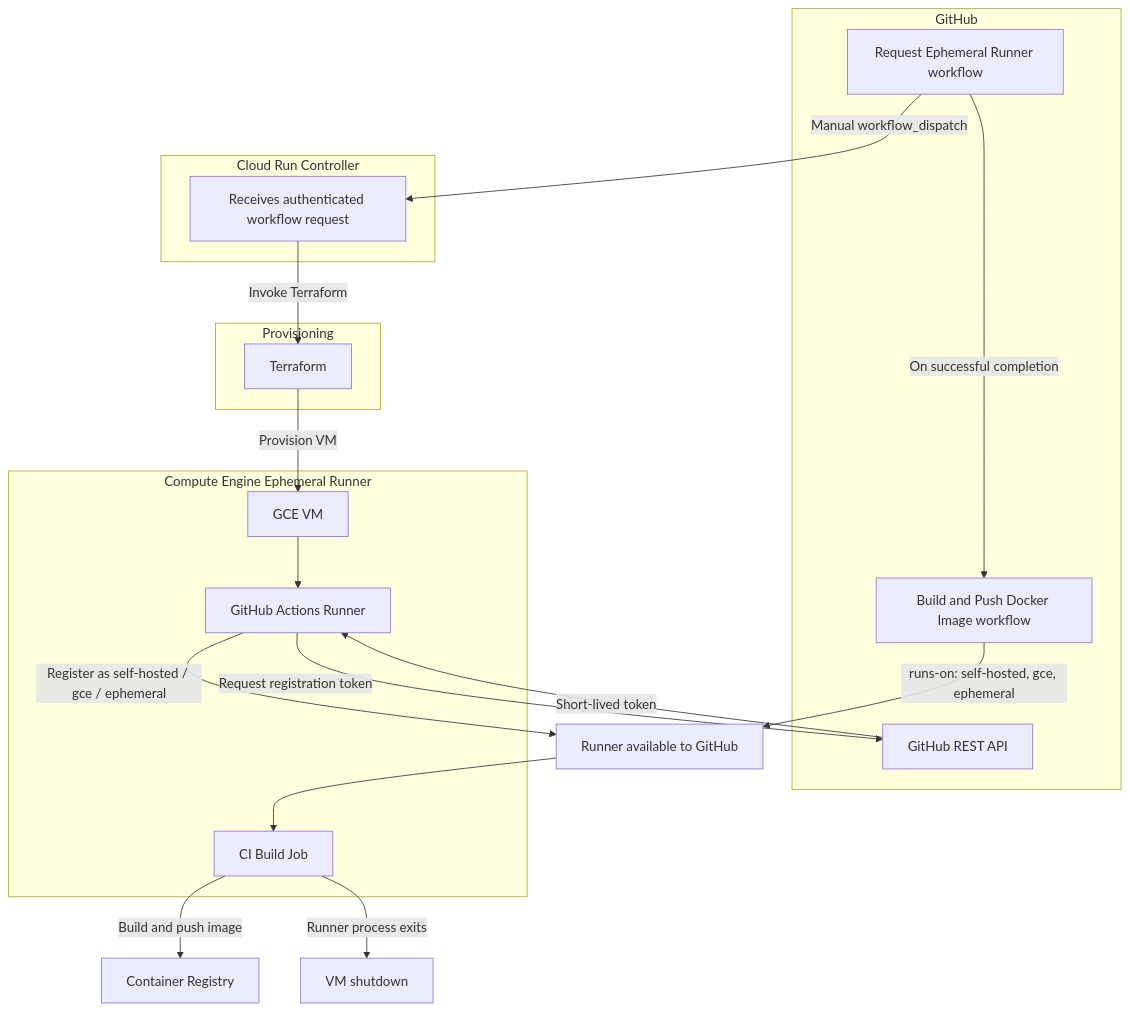
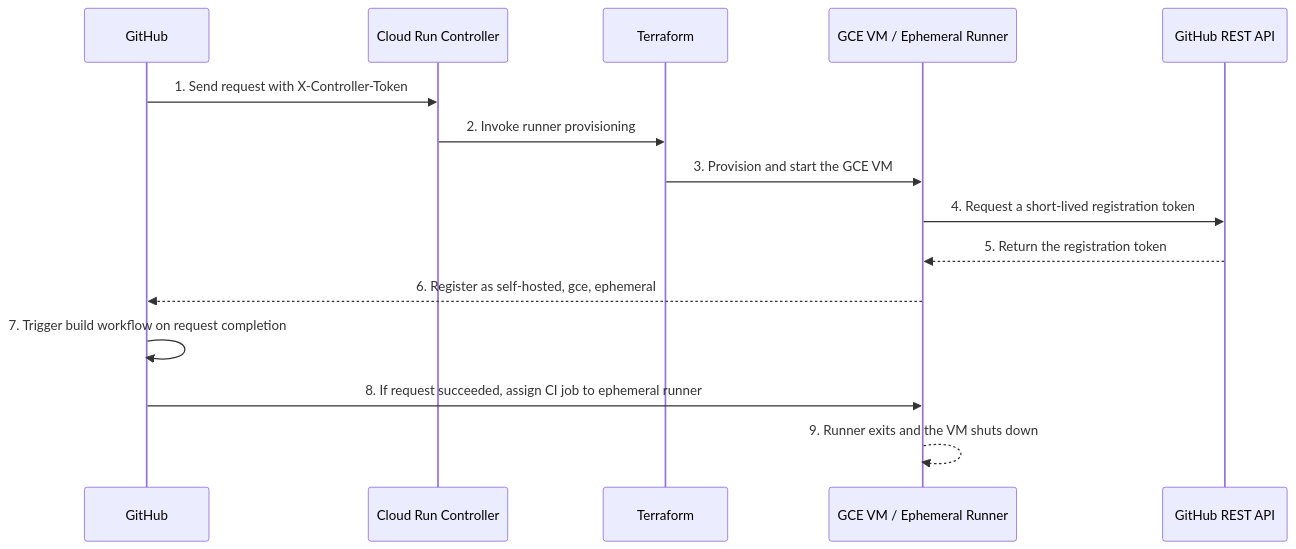
One commit to DimitryZH/ci-build-platform changed the second of 2 diagrams in README.md. Above: the diagram before and after it, drawn with Mermaid. The commit also changed other lines of this file and 7 other files, not shown here.

Commit message:
docs: align workflow, secrets, and runner lifecycle documentation

````diff
--- a/README.md
+++ b/README.md
@@ -56,35 +56,18 @@
 ```mermaid
-flowchart TB
-    subgraph GitHub["GitHub"]
-        Request[Request Ephemeral Runner workflow]
-        API[GitHub REST API]
-        Build[Build and Push Docker Image workflow]
-    end
+sequenceDiagram
+    participant GH as GitHub
+    participant CR as Cloud Run Controller
+    participant TF as Terraform
+    participant VM as GCE VM / Ephemeral Runner
+    participant API as GitHub REST API
 
-    subgraph Controller["Cloud Run Controller"]
-        CR[Receives authenticated workflow request]
-    end
-
-    subgraph Provisioning["Provisioning"]
-        TF[Terraform]
-    end
-
-    subgraph Runner["Compute Engine Ephemeral Runner"]
-        VM[GCE VM]
-        Agent[GitHub Actions Runner]
-        Job[CI Build Job]
-    end
-
-    Request -->|Manual workflow_dispatch| CR
-    CR -->|Invoke Terraform| TF
-    TF -->|Provision VM| VM
-    VM --> Agent
-    Agent -->|Request registration token| API
-    API -->|Short-lived token| Agent
-    Agent -->|Register as self-hosted / gce / ephemeral| GitHubReady[Runner available to GitHub]
-    Request -->|On successful completion| Build
-    Build -->|runs-on: self-hosted, gce, ephemeral| GitHubReady
-    GitHubReady --> Job
-    Job -->|Build and push image| Registry[Container Registry]
-    Job -->|Runner process exits| Shutdown[VM shutdown]
+    GH->>CR: 1. Send request with X-Controller-Token
+    CR->>TF: 2. Invoke runner provisioning
+    TF->>VM: 3. Provision and start the GCE VM
+    VM->>API: 4. Request a short-lived registration token
+    API-->>VM: 5. Return the registration token
+    VM-->>GH: 6. Register as self-hosted, gce, ephemeral
+    GH->>GH: 7. Trigger build workflow on request completion
+    GH->>VM: 8. If request succeeded, assign CI job to ephemeral runner
+    VM-->>VM: 9. Runner exits and the VM shuts down
 ```
````
